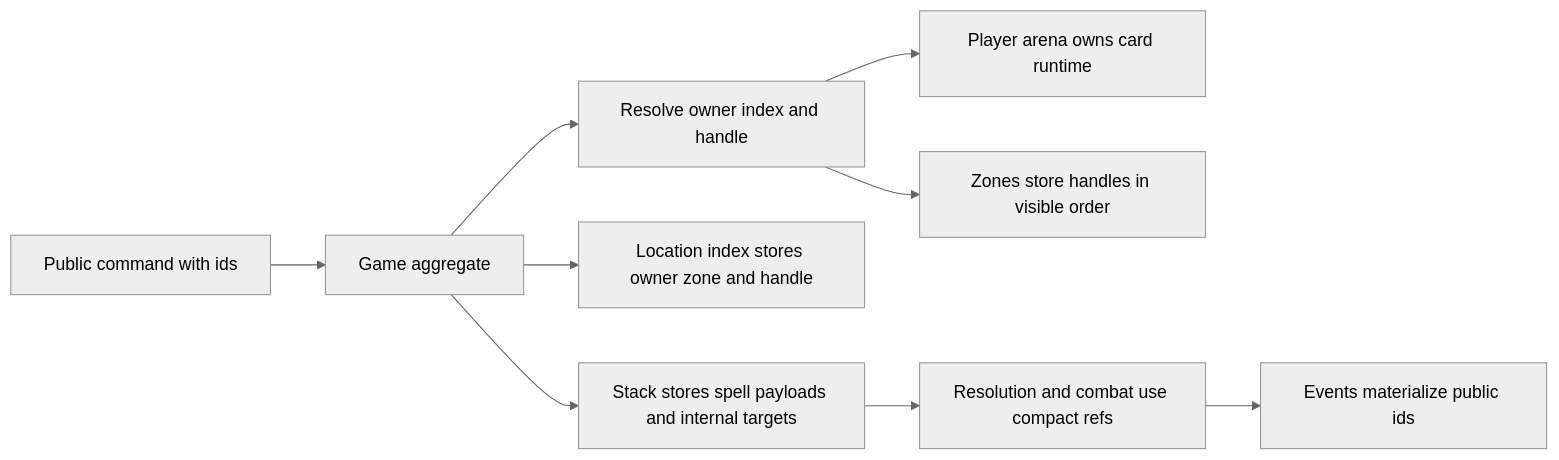
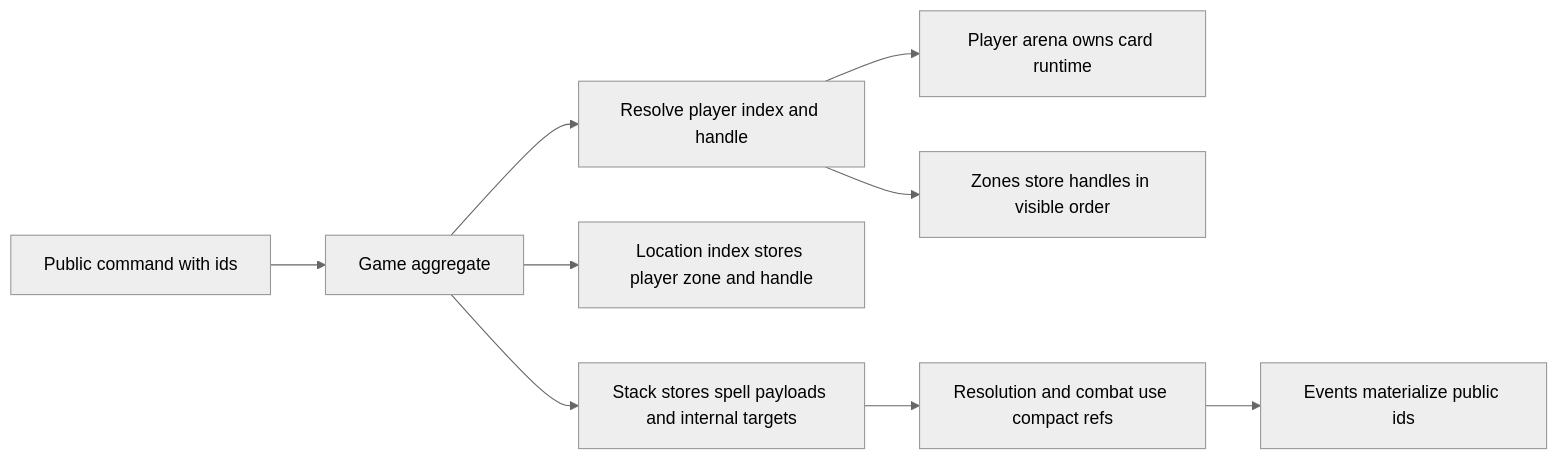
Before and after one commit to AdriRRP/demonic-tutor: the second of 2 diagrams in docs/architecture/runtime-abstractions.md, drawn with Mermaid (neutral theme). The commit also changed other lines of this file and 43 other files, not shown here.

````diff
--- a/docs/architecture/runtime-abstractions.md
+++ b/docs/architecture/runtime-abstractions.md
@@ -483,11 +483,11 @@
 ```mermaid
 flowchart LR
     A["Public command with ids"] --> B["Game aggregate"]
-    B --> C["Resolve owner index and handle"]
+    B --> C["Resolve player index and handle"]
     C --> D["Player arena owns card runtime"]
     C --> E["Zones store handles in visible order"]
-    B --> F["Location index stores owner zone and handle"]
+    B --> F["Location index stores player zone and handle"]
     B --> G["Stack stores spell payloads and internal targets"]
     G --> H["Resolution and combat use compact refs"]
     H --> I["Events materialize public ids"]
 ```
````
